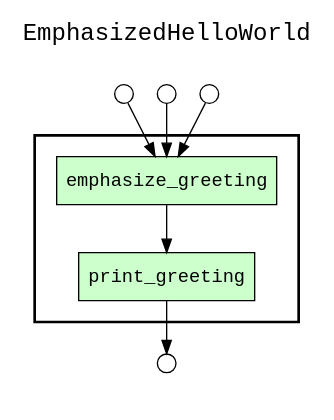
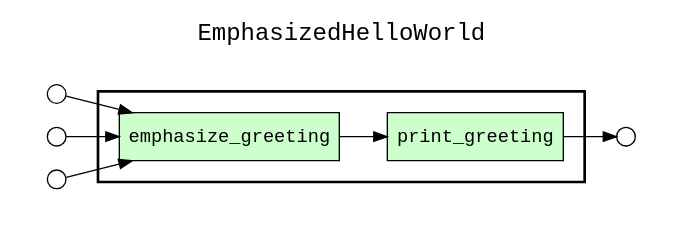
The diagram in examples/04_iterative_emphasis/yw_process_graph.gv (yesworkflow-org/yw-noworkflow), drawn with Graphviz before and after one commit. The commit also changed 39 other files, not shown here.

```diff
--- a/examples/04_iterative_emphasis/yw_process_graph.gv
+++ b/examples/04_iterative_emphasis/yw_process_graph.gv
@@ -1,30 +1,30 @@
 
 digraph yw_data_view {
-rankdir=TB
+rankdir=LR
 fontname=Courier; fontsize=18; labelloc=t
 label="EmphasizedHelloWorld"
 subgraph cluster_workflow { label=""; color=black; penwidth=2
 subgraph cluster_workflow_inner { label=""; color=white
 node[shape=box style="filled" fillcolor="#CCFFCC" peripheries=1 fontname=Courier]
 emphasize_greeting
 print_greeting
 node[shape=box style="filled" fillcolor="#CCFFCC" peripheries=1 fontname=Courier]
 }}
 subgraph cluster_inflows { label=""; color=white; penwidth=2
 subgraph cluster_inflows_inner { label=""; color=white
 node[shape=circle fillcolor="#FFFFFF" peripheries=1 width=0.2]
 provided_greeting_inflow [label=""]
 provided_emphasis_inflow [label=""]
 emphasis_count_inflow [label=""]
 }}
 subgraph cluster_outflows { label=""; color=white; penwidth=2
 subgraph cluster_outflows_inner { label=""; color=white
 node[shape=circle fillcolor="#FFFFFF" peripheries=1 width=0.2]
 displayed_greeting_outflow [label=""]
 }}
 emphasize_greeting -> print_greeting
 emphasis_count_inflow -> emphasize_greeting
 provided_emphasis_inflow -> emphasize_greeting
 provided_greeting_inflow -> emphasize_greeting
 print_greeting -> displayed_greeting_outflow
 }
```
